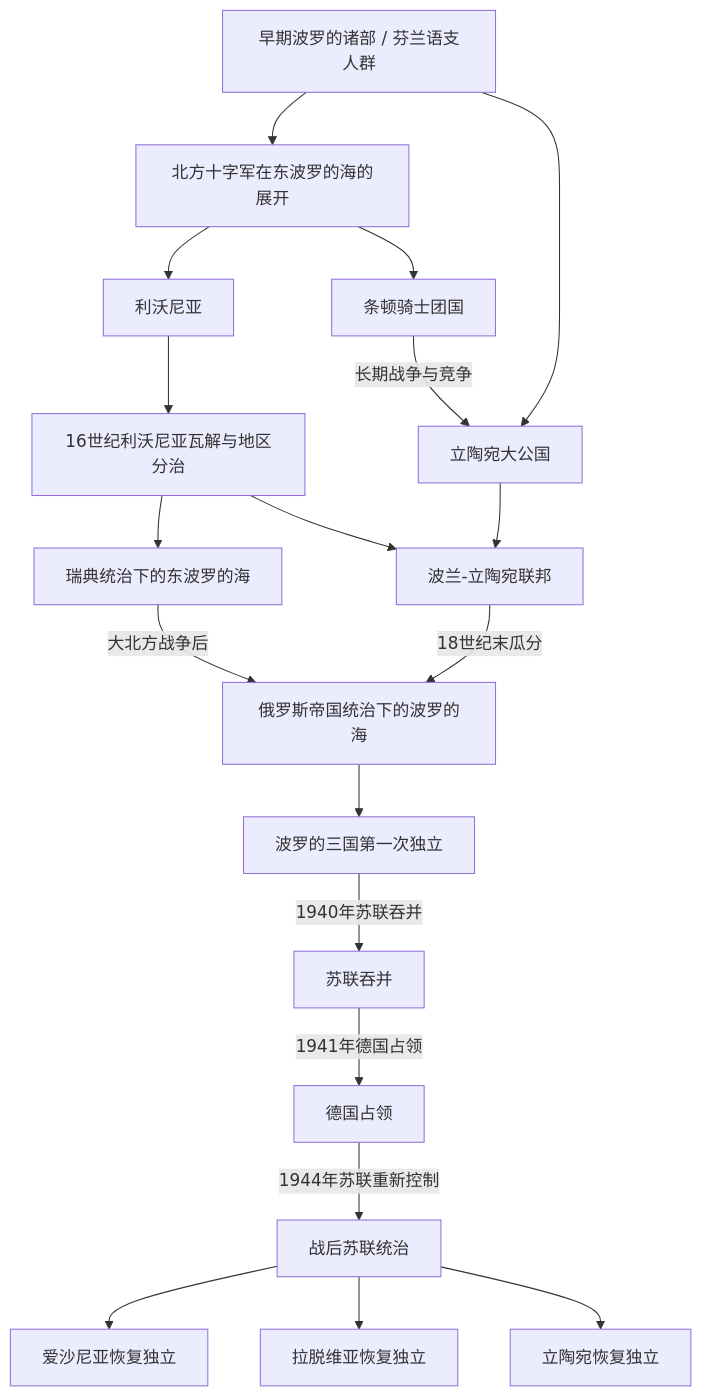
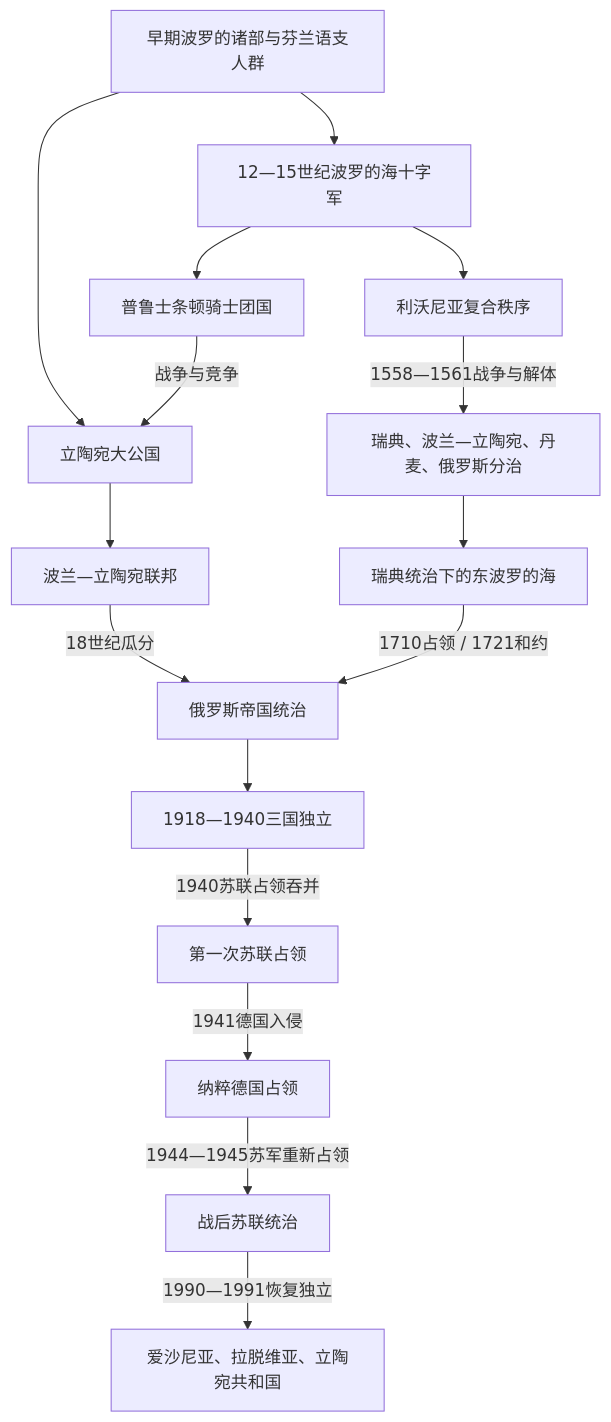
Before and after one commit to tianlan-dev/learning-notes: the diagram in 人文科学/历史/欧洲/波罗的海/README.md, drawn with Mermaid. The commit also changed other lines of this file and 1417 other files, not shown here.

````diff
--- a/人文科学/历史/欧洲/波罗的海/README.md
+++ b/人文科学/历史/欧洲/波罗的海/README.md
@@ -19,21 +17,18 @@
 ```mermaid
 flowchart TD
-    Early["早期波罗的诸部 / 芬兰语支人群"] --> Crusades["北方十字军在东波罗的海的展开"]
-    Crusades --> Livonia["利沃尼亚"]
-    Crusades --> Teutonic["条顿骑士团国"]
+    Early["早期波罗的诸部与芬兰语支人群"] --> Crusades["12—15世纪波罗的海十字军"]
+    Crusades --> Livonia["利沃尼亚复合秩序"]
+    Crusades --> Teutonic["普鲁士条顿骑士团国"]
     Early --> Lithuania["立陶宛大公国"]
-    Teutonic -->|长期战争与竞争| Lithuania
-    Lithuania --> Commonwealth["波兰-立陶宛联邦"]
-    Livonia --> Split["16世纪利沃尼亚瓦解与地区分治"]
-    Split --> SwedishBaltic["瑞典统治下的东波罗的海"]
-    Split --> Commonwealth
-    SwedishBaltic -->|大北方战争后| RussiaEmpire["俄罗斯帝国统治下的波罗的海"]
-    Commonwealth -->|18世纪末瓜分| RussiaEmpire
-    RussiaEmpire --> FirstIndependence["波罗的三国第一次独立"]
-    FirstIndependence -->|1940年苏联吞并| SovietAnnexation["苏联吞并"]
-    SovietAnnexation -->|1941年德国占领| GermanOccupation["德国占领"]
-    GermanOccupation -->|1944年苏联重新控制| SovietBaltic["战后苏联统治"]
-    SovietBaltic --> Estonia["爱沙尼亚恢复独立"]
-    SovietBaltic --> Latvia["拉脱维亚恢复独立"]
-    SovietBaltic --> LithuaniaModern["立陶宛恢复独立"]
+    Teutonic -->|战争与竞争| Lithuania
+    Lithuania --> Commonwealth["波兰—立陶宛联邦"]
+    Livonia -->|1558—1561战争与解体| Partition["瑞典、波兰—立陶宛、丹麦、俄罗斯分治"]
+    Partition --> Swedish["瑞典统治下的东波罗的海"]
+    Commonwealth -->|18世纪瓜分| Russian["俄罗斯帝国统治"]
+    Swedish -->|1710占领 / 1721和约| Russian
+    Russian --> Independence["1918—1940三国独立"]
+    Independence -->|1940苏联占领吞并| Soviet1["第一次苏联占领"]
+    Soviet1 -->|1941德国入侵| Nazi["纳粹德国占领"]
+    Nazi -->|1944—1945苏军重新占领| Soviet2["战后苏联统治"]
+    Soviet2 -->|1990—1991恢复独立| Modern["爱沙尼亚、拉脱维亚、立陶宛共和国"]
 ```
````
